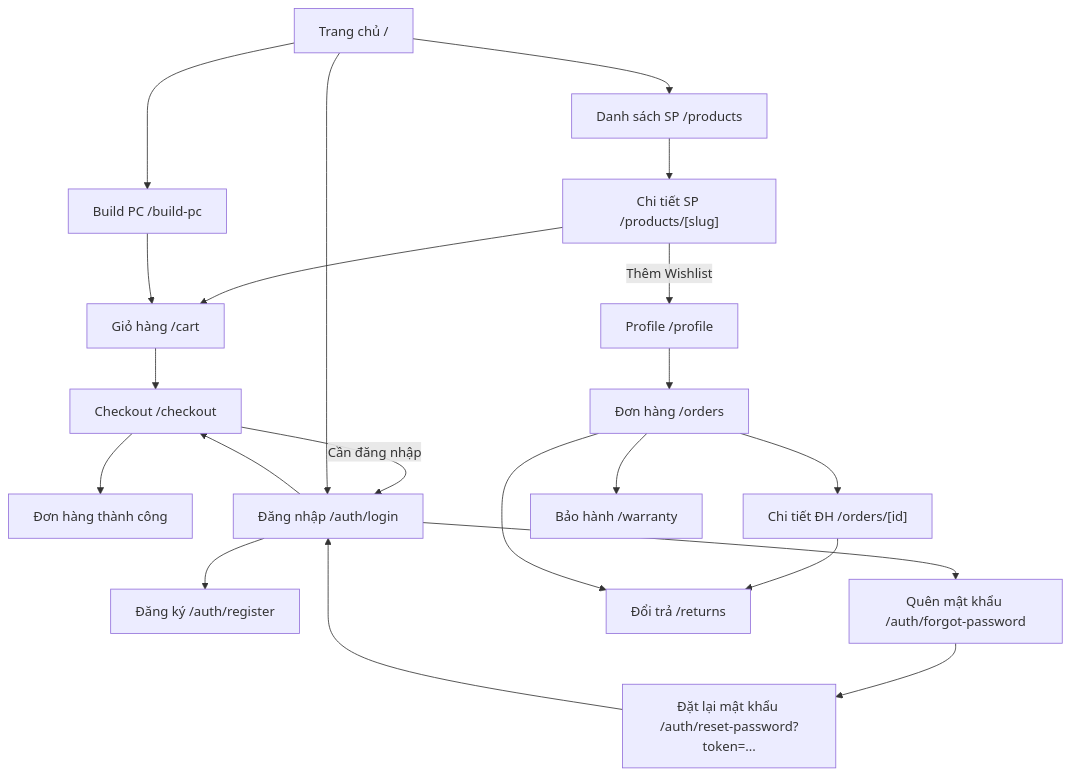
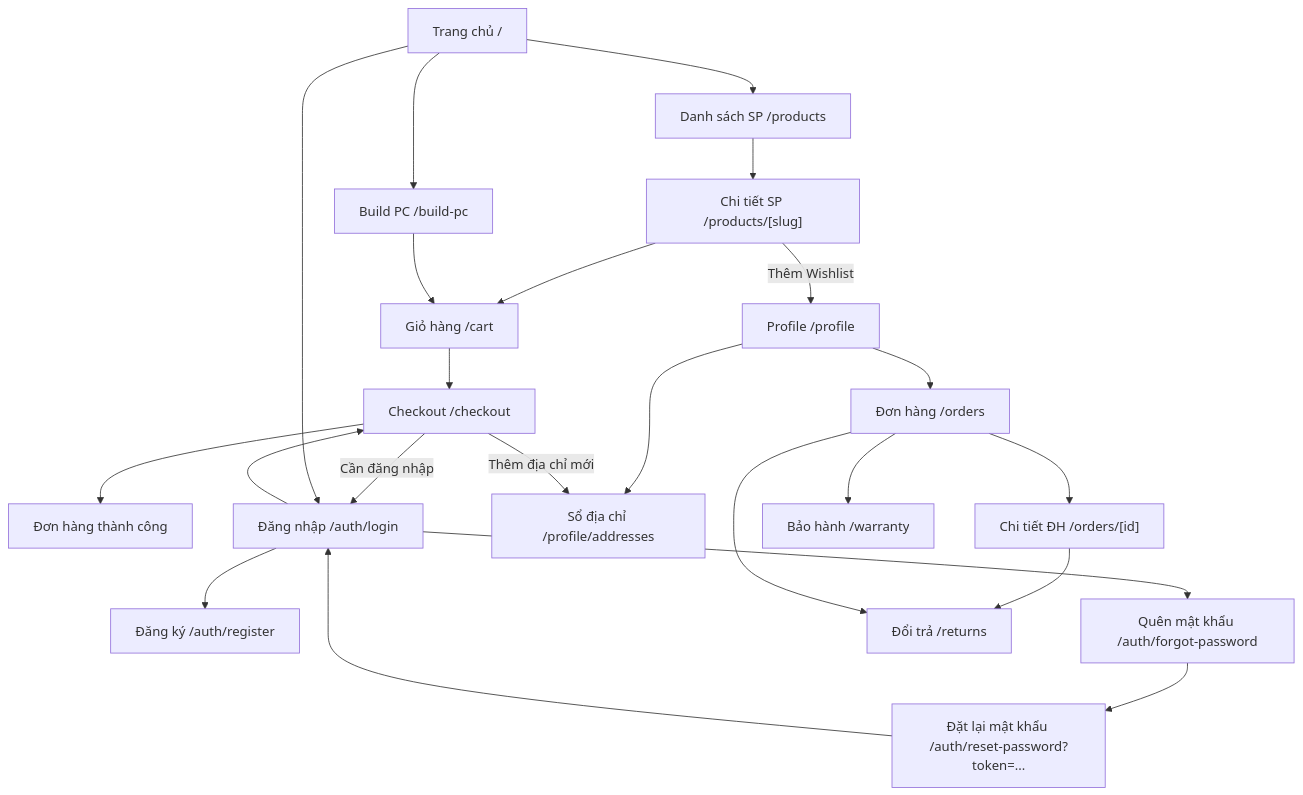
One commit to huuhieu56/PC-Parts-ECommerce changed the diagram in docs/ui_ux_design.md. Above: the diagram before and after it, drawn with Mermaid. The commit also changed other lines of this file and 9 other files, not shown here.

Commit message:
docs(UC-CUS-12): Add sequence diagram for managing delivery addresses

````diff
--- a/docs/ui_ux_design.md
+++ b/docs/ui_ux_design.md
@@ -277,36 +277,39 @@
 ```mermaid
 graph TD
     Home["Trang chủ /"]
     Products["Danh sách SP /products"]
     ProductDetail["Chi tiết SP /products/[slug]"]
     BuildPC["Build PC /build-pc"]
     Cart["Giỏ hàng /cart"]
     Checkout["Checkout /checkout"]
     OrderSuccess["Đơn hàng thành công"]
     Auth["Đăng nhập /auth/login"]
     Register["Đăng ký /auth/register"]
     ForgotPassword["Quên mật khẩu /auth/forgot-password"]
     ResetPassword["Đặt lại mật khẩu /auth/reset-password?token=..."]
     Profile["Profile /profile"]
+    Addresses["Sổ địa chỉ /profile/addresses"]
     Orders["Đơn hàng /orders"]
     OrderDetail["Chi tiết ĐH /orders/[id]"]
     Warranty["Bảo hành /warranty"]
     Returns["Đổi trả /returns"]
 
     Home --> Products --> ProductDetail
     ProductDetail --> Cart
     ProductDetail -->|"Thêm Wishlist"| Profile
     BuildPC --> Cart
     Cart --> Checkout -->|"Cần đăng nhập"| Auth --> Checkout
     Checkout --> OrderSuccess
+    Profile --> Addresses
     Profile --> Orders --> OrderDetail
+    Checkout -->|"Thêm địa chỉ mới"| Addresses
     OrderDetail --> Returns
     Orders --> Warranty
     Orders --> Returns
     Home --> BuildPC
     Home --> Auth
     Auth --> Register
     Auth --> ForgotPassword
     ForgotPassword --> ResetPassword
     ResetPassword --> Auth
 ```
````
